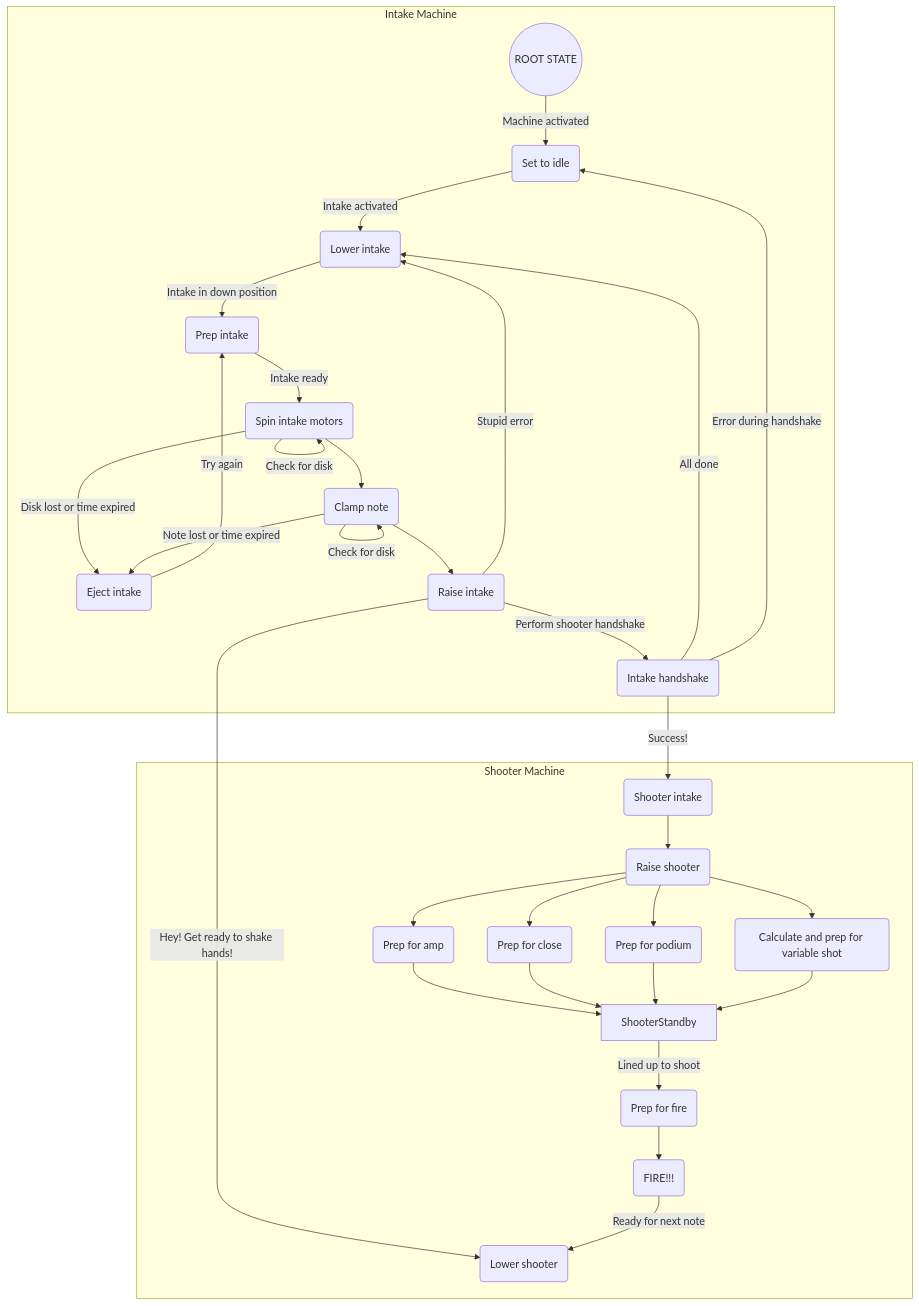
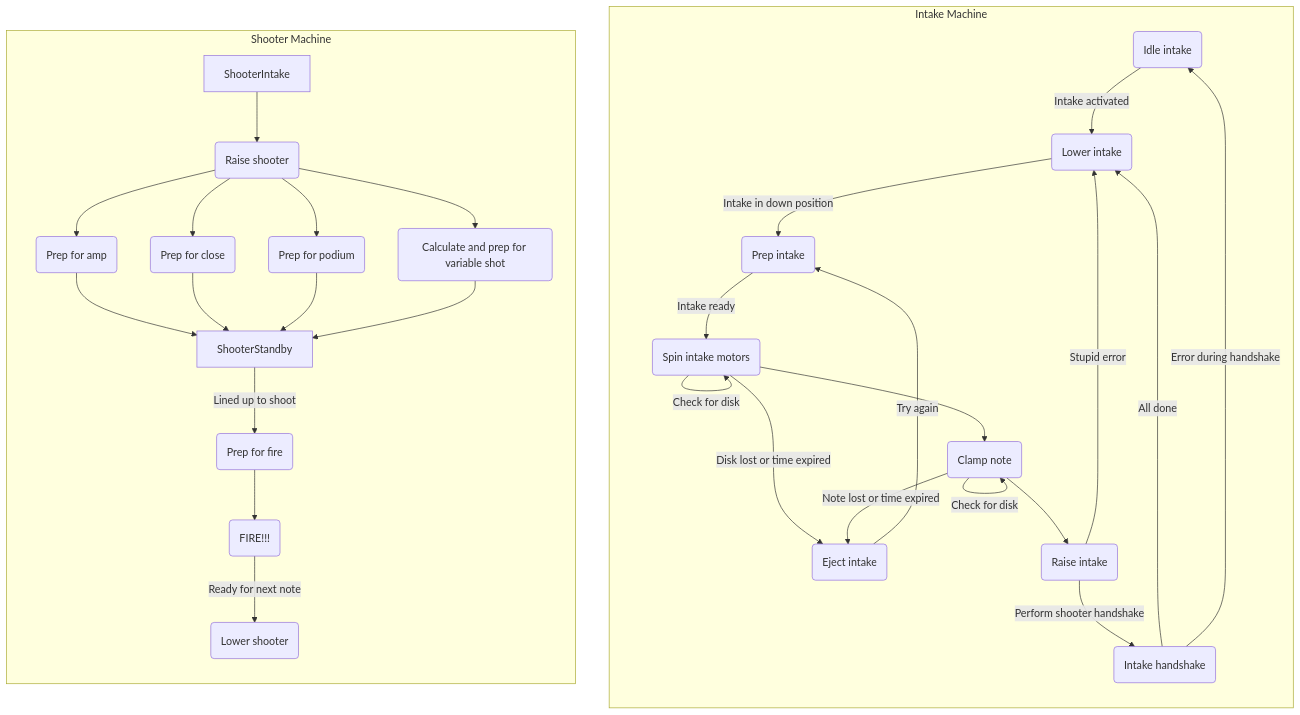
The diagram in docs/fullIntakeStateMachine.md (Raptacon/Robot-2024), drawn with Mermaid before and after one commit. The commit also changed 5 other files, not shown here.

Commit message:
Updated diagram some more

````diff
--- a/docs/fullIntakeStateMachine.md
+++ b/docs/fullIntakeStateMachine.md
@@ -1,39 +1,36 @@
 ```mermaid
 
-flowchart TB
+flowchart BT
     subgraph Intake Machine
-        Root((ROOT STATE))-->|Machine activated|Idle(Set to idle)
-        Idle-->|Intake activated|IntakeLower
+        IdleIntake(Idle intake)-->|Intake activated|IntakeLower
         IntakeLower(Lower intake)-->|Intake in down position|PrepIntake(Prep intake)-->|Intake ready|SpinIntake(Spin intake motors)
         SpinIntake-->|Check for disk|SpinIntake
         SpinIntake-->|Disk lost or time expired|EjectIntake(Eject intake)
         EjectIntake-->|Try again|PrepIntake
         SpinIntake-->ClampNote(Clamp note)
         ClampNote-->|Check for disk|ClampNote
         ClampNote-->|Note lost or time expired|EjectIntake
         ClampNote-->IntakeRaise(Raise intake)
         IntakeRaise-->|Perform shooter handshake|IntakeHandshake(Intake handshake)
         IntakeRaise-->|Stupid error|IntakeLower
         IntakeHandshake-->|All done|IntakeLower
-        IntakeHandshake-->|Error during handshake|Idle
+        IntakeHandshake-->|Error during handshake|IdleIntake
     end
 
     subgraph Shooter Machine
         ShooterLower(Lower shooter)
-        IntakeRaise-->|Hey! Get ready to shake hands!|ShooterLower
-        IntakeHandshake-->|Success!|ShooterIntake(Shooter intake)
         ShooterIntake-->ShooterRaise(Raise shooter)
 
         PrepAmp(Prep for amp)
         PrepClose(Prep for close)
         PrepPodium(Prep for podium)
         PrepVariable(Calculate and prep for variable shot)
 
         ShooterRaise-->PrepAmp & PrepClose & PrepPodium & PrepVariable
 
         PrepAmp & PrepClose & PrepPodium & PrepVariable-->ShooterStandby
         ShooterStandby-->|Lined up to shoot|ShooterPrep(Prep for fire)
         ShooterPrep-->ShooterShoot(FIRE!!!)
         ShooterShoot-->|Ready for next note|ShooterLower
     end
 ```
````
